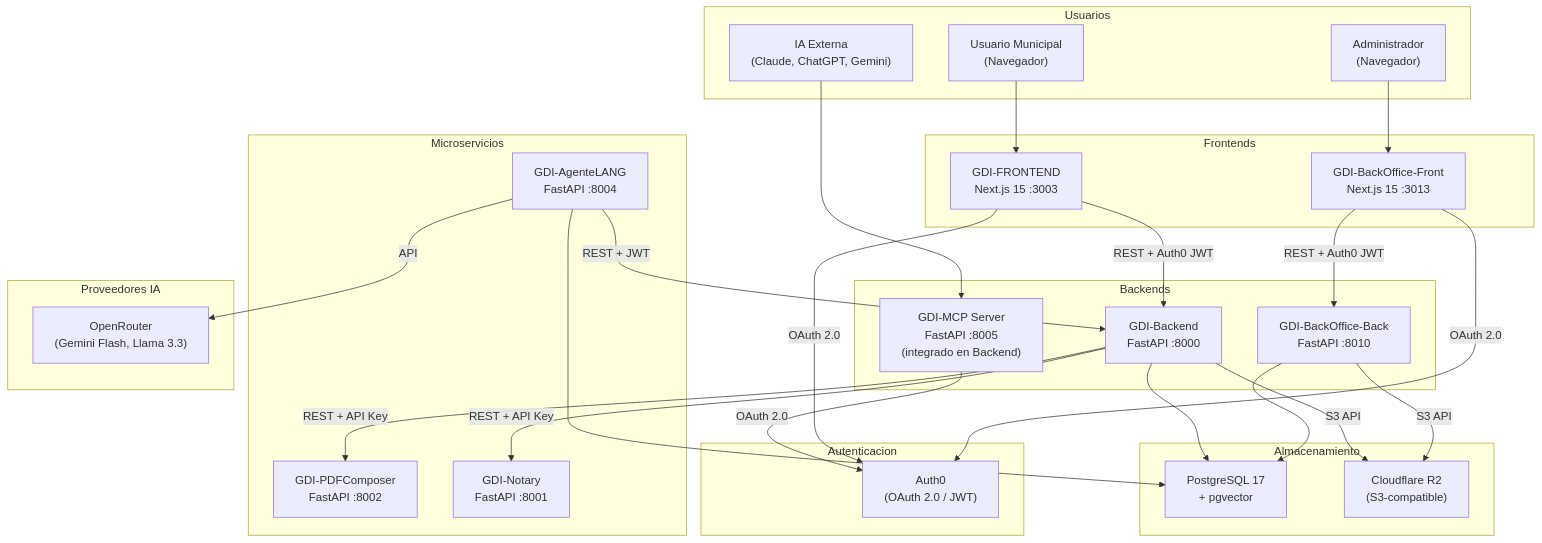
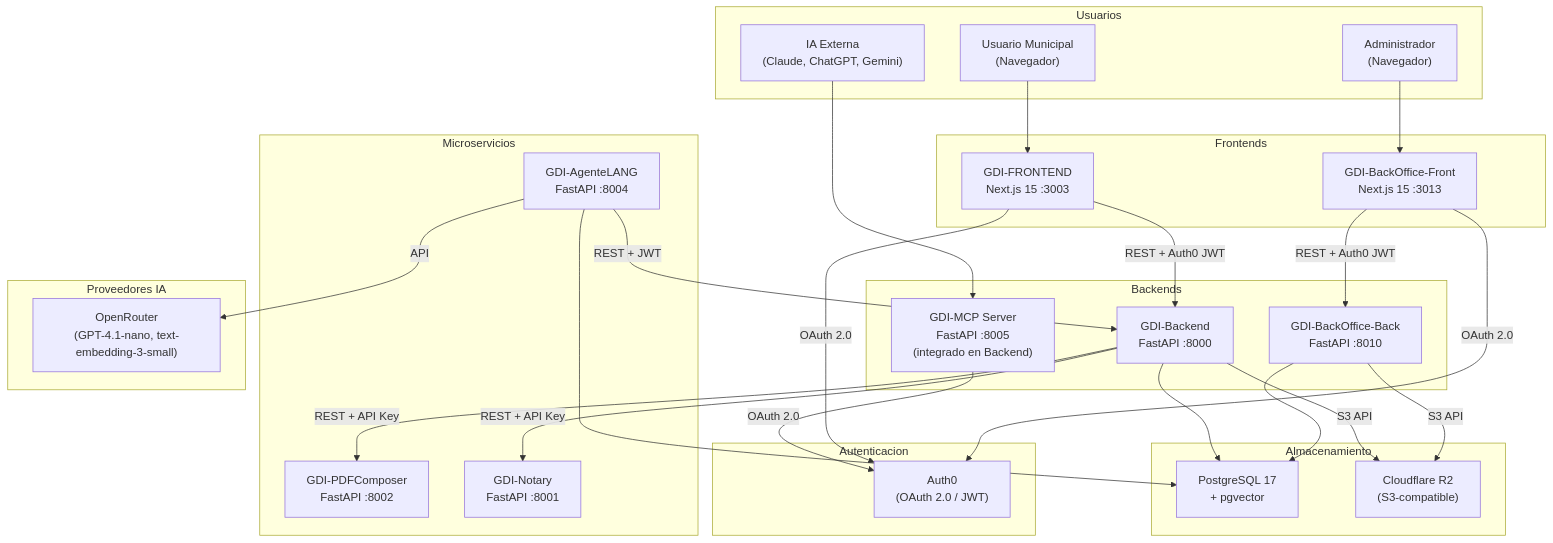
One commit to GDI-AGPLv3/GDI-Docs changed the first of 3 diagrams in docs/desarrollo/arquitectura/diagrama-servicios.md. Above: the diagram before and after it, drawn with Mermaid. The commit also changed other lines of this file and 37 other files, not shown here.

````diff
--- a/docs/desarrollo/arquitectura/diagrama-servicios.md
+++ b/docs/desarrollo/arquitectura/diagrama-servicios.md
@@ -5,62 +5,62 @@
 ```mermaid
 graph TB
     subgraph Usuarios["Usuarios"]
         U1["Usuario Municipal<br/>(Navegador)"]
         U2["Administrador<br/>(Navegador)"]
         U3["IA Externa<br/>(Claude, ChatGPT, Gemini)"]
     end
 
     subgraph Frontends["Frontends"]
         FE["GDI-FRONTEND<br/>Next.js 15 :3003"]
         BO["GDI-BackOffice-Front<br/>Next.js 15 :3013"]
     end
 
     subgraph Backends["Backends"]
         BE["GDI-Backend<br/>FastAPI :8000"]
         BOBE["GDI-BackOffice-Back<br/>FastAPI :8010"]
         MCP["GDI-MCP Server<br/>FastAPI :8005<br/>(integrado en Backend)"]
     end
 
     subgraph Microservicios["Microservicios"]
         PDF["GDI-PDFComposer<br/>FastAPI :8002"]
         NOT["GDI-Notary<br/>FastAPI :8001"]
         AGENT["GDI-AgenteLANG<br/>FastAPI :8004"]
     end
 
     subgraph Storage["Almacenamiento"]
         PG["PostgreSQL 17<br/>+ pgvector"]
         R2["Cloudflare R2<br/>(S3-compatible)"]
     end
 
     subgraph Auth["Autenticacion"]
         A0["Auth0<br/>(OAuth 2.0 / JWT)"]
     end
 
     subgraph AI["Proveedores IA"]
-        OR["OpenRouter<br/>(Gemini Flash, Llama 3.3)"]
+        OR["OpenRouter<br/>(GPT-4.1-nano, text-embedding-3-small)"]
     end
 
     U1 --> FE
     U2 --> BO
     U3 --> MCP
 
     FE -->|"REST + Auth0 JWT"| BE
     BO -->|"REST + Auth0 JWT"| BOBE
 
     BE -->|"REST + API Key"| PDF
     BE -->|"REST + API Key"| NOT
     BE -->|"S3 API"| R2
     BE --> PG
 
     BOBE --> PG
     BOBE -->|"S3 API"| R2
 
     MCP -->|"OAuth 2.0"| A0
 
     AGENT -->|"REST + JWT"| BE
     AGENT --> PG
     AGENT -->|"API"| OR
 
     FE -->|"OAuth 2.0"| A0
     BO -->|"OAuth 2.0"| A0
 ```
````
